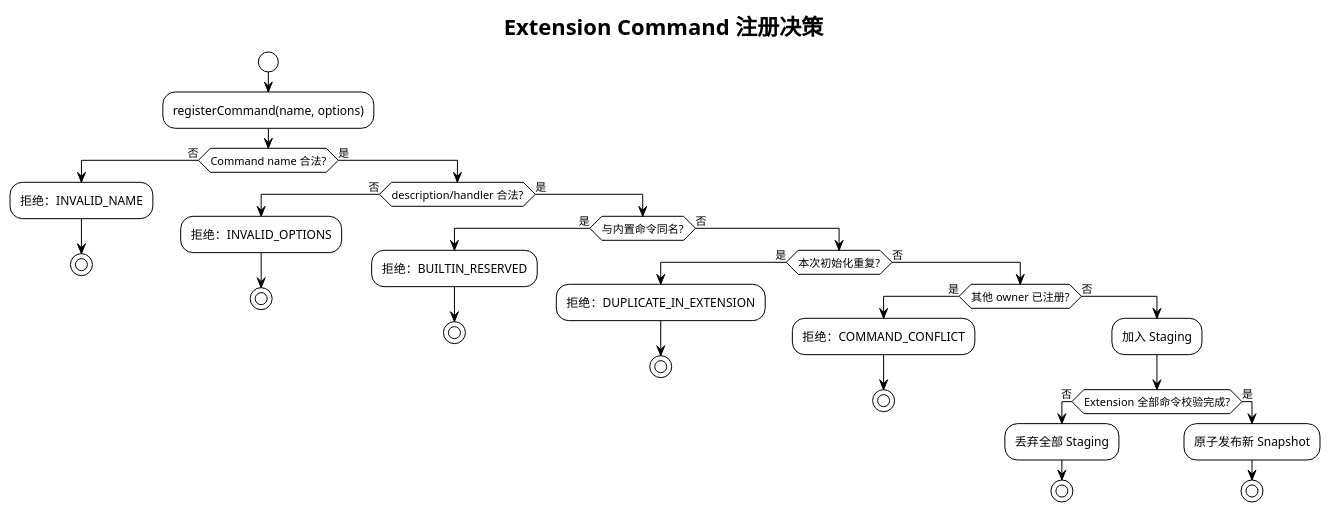
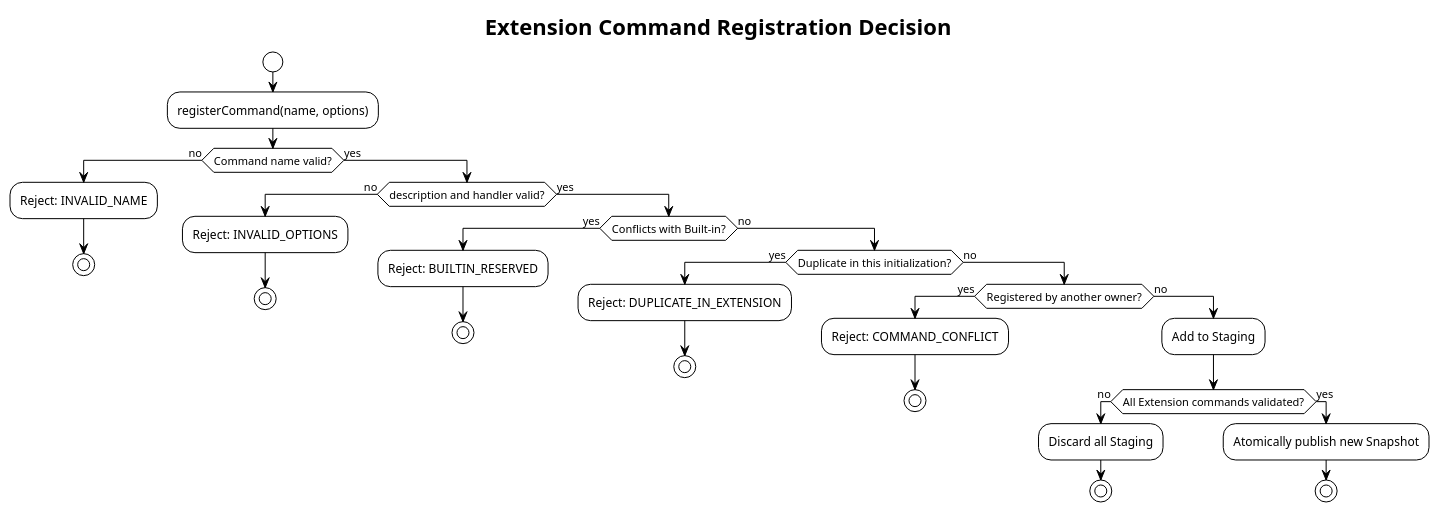
One commit to superheromeZzh/pi-mono-java-design changed the ninth of 20 diagrams in diagrams/extension-command/diagram.puml. Above: the diagram before and after it, drawn with PlantUML. The commit also changed other lines of this file and 48 other files, not shown here.

Commit message:
docs: require English PlantUML diagrams

```diff
--- a/diagrams/extension-command/diagram.puml
+++ b/diagrams/extension-command/diagram.puml
@@ -314,48 +314,48 @@
 @startuml 09-registration-decision
 ' pi source: packages/coding-agent/src/core/extensions/runner.ts:556-590
 ' pi source: packages/coding-agent/src/modes/interactive/interactive-mode.ts:484-497
 ' Java divergence: conflicting extension commands fail registration instead of receiving generated invocation names.
 ' Design reason: ToB command identity must be deterministic and auditable.
 !theme plain
 !pragma layout smetana
-skinparam defaultFontName "PingFang SC"
+skinparam defaultFontName "SansSerif"
 skinparam shadowing false
 skinparam backgroundColor transparent
-title Extension Command 注册决策
+title Extension Command Registration Decision
 
 start
 :registerCommand(name, options);
-if (Command name 合法?) then (否)
-  :拒绝：INVALID_NAME;
+if (Command name valid?) then (no)
+  :Reject: INVALID_NAME;
   stop
-else (是)
-  if (description/handler 合法?) then (否)
-    :拒绝：INVALID_OPTIONS;
+else (yes)
+  if (description and handler valid?) then (no)
+    :Reject: INVALID_OPTIONS;
     stop
-  else (是)
-    if (与内置命令同名?) then (是)
-      :拒绝：BUILTIN_RESERVED;
+  else (yes)
+    if (Conflicts with Built-in?) then (yes)
+      :Reject: BUILTIN_RESERVED;
       stop
-    else (否)
-      if (本次初始化重复?) then (是)
-        :拒绝：DUPLICATE_IN_EXTENSION;
+    else (no)
+      if (Duplicate in this initialization?) then (yes)
+        :Reject: DUPLICATE_IN_EXTENSION;
         stop
-      else (否)
-        if (其他 owner 已注册?) then (是)
-          :拒绝：COMMAND_CONFLICT;
+      else (no)
+        if (Registered by another owner?) then (yes)
+          :Reject: COMMAND_CONFLICT;
           stop
-        else (否)
-          :加入 Staging;
-          if (Extension 全部命令校验完成?) then (否)
-            :丢弃全部 Staging;
+        else (no)
+          :Add to Staging;
+          if (All Extension commands validated?) then (no)
+            :Discard all Staging;
             stop
-          else (是)
-            :原子发布新 Snapshot;
+          else (yes)
+            :Atomically publish new Snapshot;
             stop
           endif
         endif
       endif
     endif
   endif
 endif
 @enduml
```
